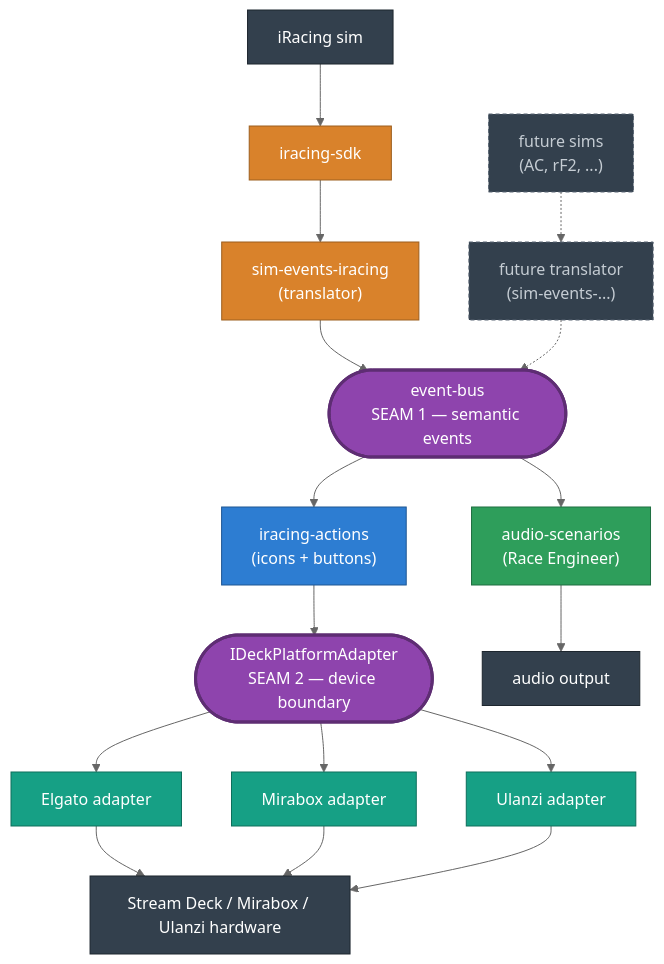
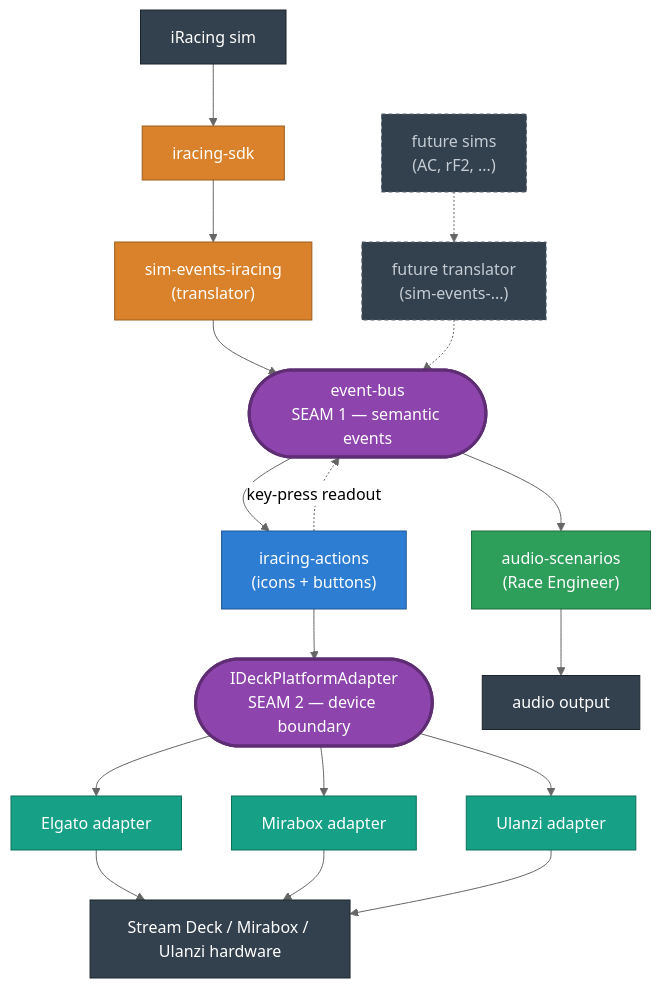
The first of 7 diagrams in packages/website/src/content/docs/docs/development/architecture.md (niklam/iracedeck), drawn with Mermaid (neutral theme) before and after one commit. The commit also changed other lines of this file and 7 other files, not shown here.

````diff
--- a/packages/website/src/content/docs/docs/development/architecture.md
+++ b/packages/website/src/content/docs/docs/development/architecture.md
@@ -12,41 +12,42 @@
 ```mermaid
 flowchart TB
   ir["iRacing sim"]:::ext
   future["future sims<br/>(AC, rF2, ...)"]:::ghost
   futureTrans["future translator<br/>(sim-events-...)"]:::ghost
   sdk["iracing-sdk"]:::sim
   trans["sim-events-iracing<br/>(translator)"]:::sim
   bus(["event-bus<br/>SEAM 1 — semantic events"]):::seam
   actions["iracing-actions<br/>(icons + buttons)"]:::core
   re["audio-scenarios<br/>(Race Engineer)"]:::audio
   adapter(["IDeckPlatformAdapter<br/>SEAM 2 — device boundary"]):::seam
   elg["Elgato adapter"]:::adp
   mir["Mirabox adapter"]:::adp
   ula["Ulanzi adapter"]:::adp
   deck["Stream Deck / Mirabox / Ulanzi hardware"]:::ext
   spk["audio output"]:::ext
 
   ir --> sdk
   sdk --> trans
   trans --> bus
   future -.-> futureTrans
   futureTrans -.-> bus
   bus --> actions
+  actions -.->|"key-press readout"| bus
   bus --> re
   actions --> adapter
   adapter --> elg
   adapter --> mir
   adapter --> ula
   elg --> deck
   mir --> deck
   ula --> deck
   re --> spk
 
   classDef ext fill:#33404d,color:#fff,stroke:#1d262e;
   classDef ghost fill:#33404d,color:#c5ccd3,stroke:#5a6573,stroke-dasharray:4 3;
   classDef sim fill:#d9822b,color:#fff,stroke:#9c5e1f;
   classDef seam fill:#8e44ad,color:#fff,stroke:#5e2d73,stroke-width:3px;
   classDef core fill:#2d7dd2,color:#fff,stroke:#1f5793;
   classDef audio fill:#2e9e5b,color:#fff,stroke:#1f6e40;
   classDef adp fill:#16a085,color:#fff,stroke:#0e6f5c;
 ```
````
